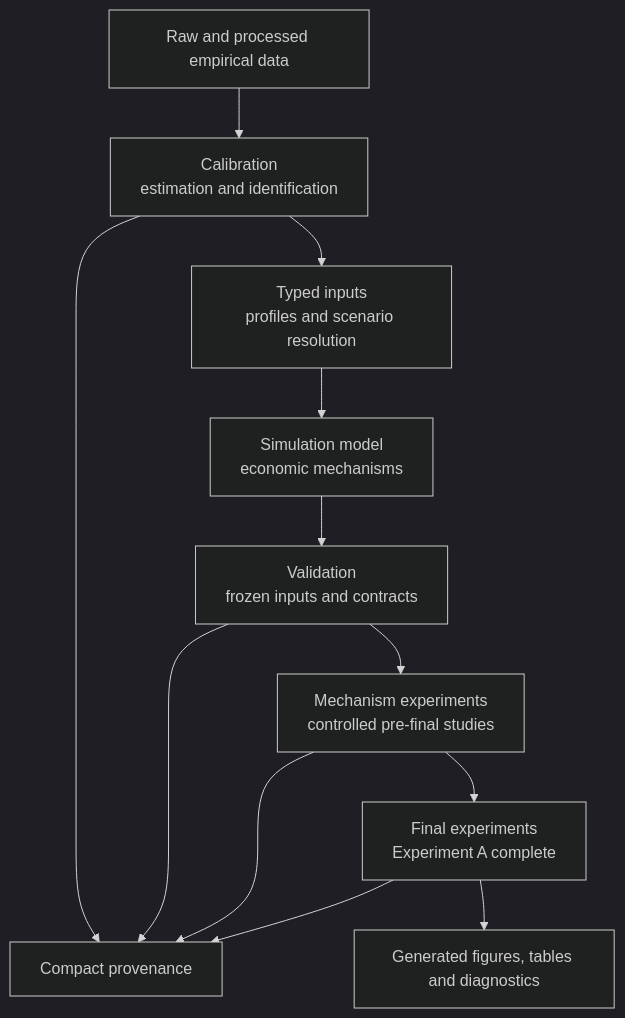
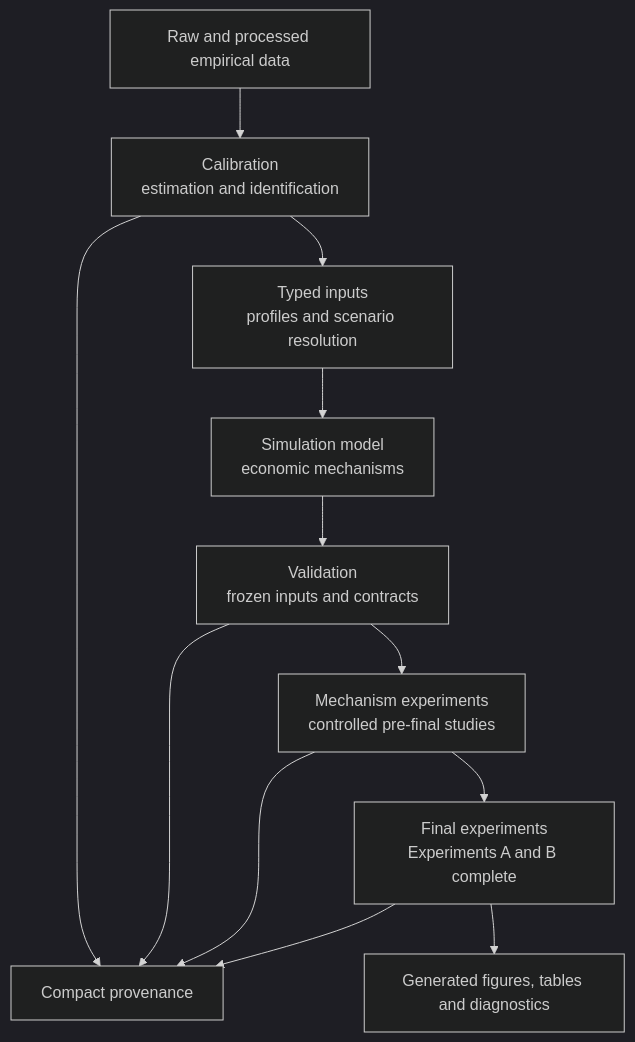
The first of 2 diagrams in docs/overview/project_structure.md (VeroniCup/dai-abm-simulation), drawn with Mermaid (dark theme) before and after one commit. The commit also changed other lines of this file and 21 other files, not shown here.

````diff
--- a/docs/overview/project_structure.md
+++ b/docs/overview/project_structure.md
@@ -9,19 +9,19 @@
 ```mermaid
 flowchart TD
     A["Raw and processed empirical data"]
     B["Calibration<br/>estimation and identification"]
     C["Typed inputs<br/>profiles and scenario resolution"]
     D["Simulation model<br/>economic mechanisms"]
     E["Validation<br/>frozen inputs and contracts"]
     F["Mechanism experiments<br/>controlled pre-final studies"]
-    G["Final experiments<br/>Experiment A complete"]
+    G["Final experiments<br/>Experiments A and B complete"]
     H["Compact provenance"]
     I["Generated figures, tables and diagnostics"]
 
     A --> B --> C --> D --> E --> F --> G
     B --> H
     E --> H
     F --> H
     G --> H
     G --> I
 ```
````
